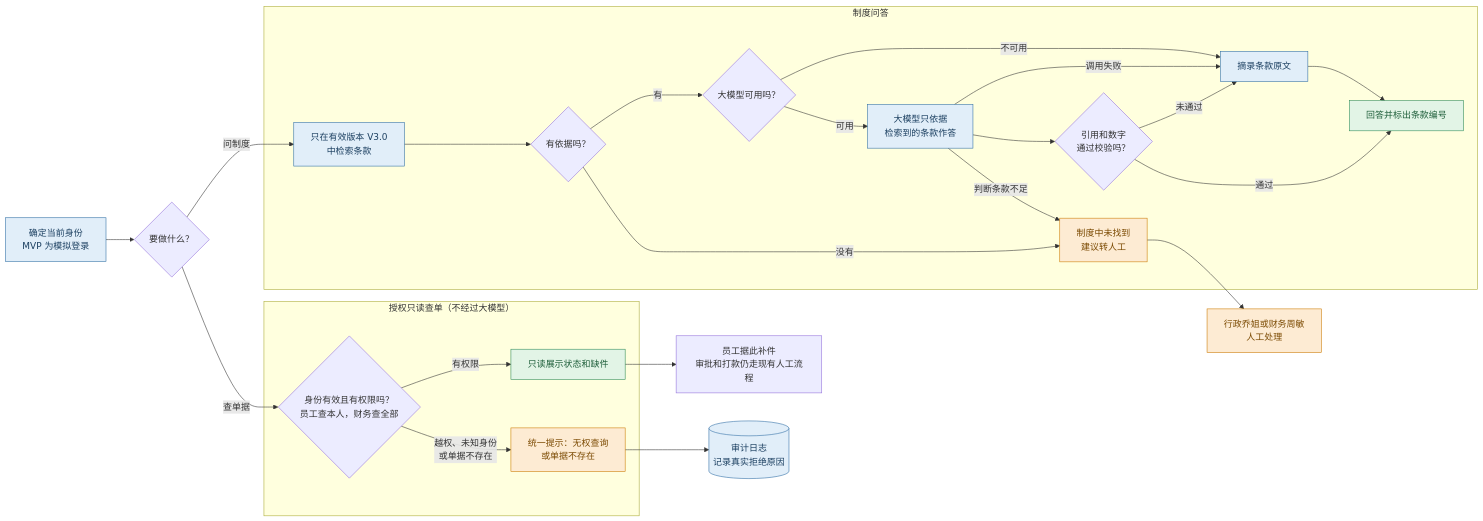
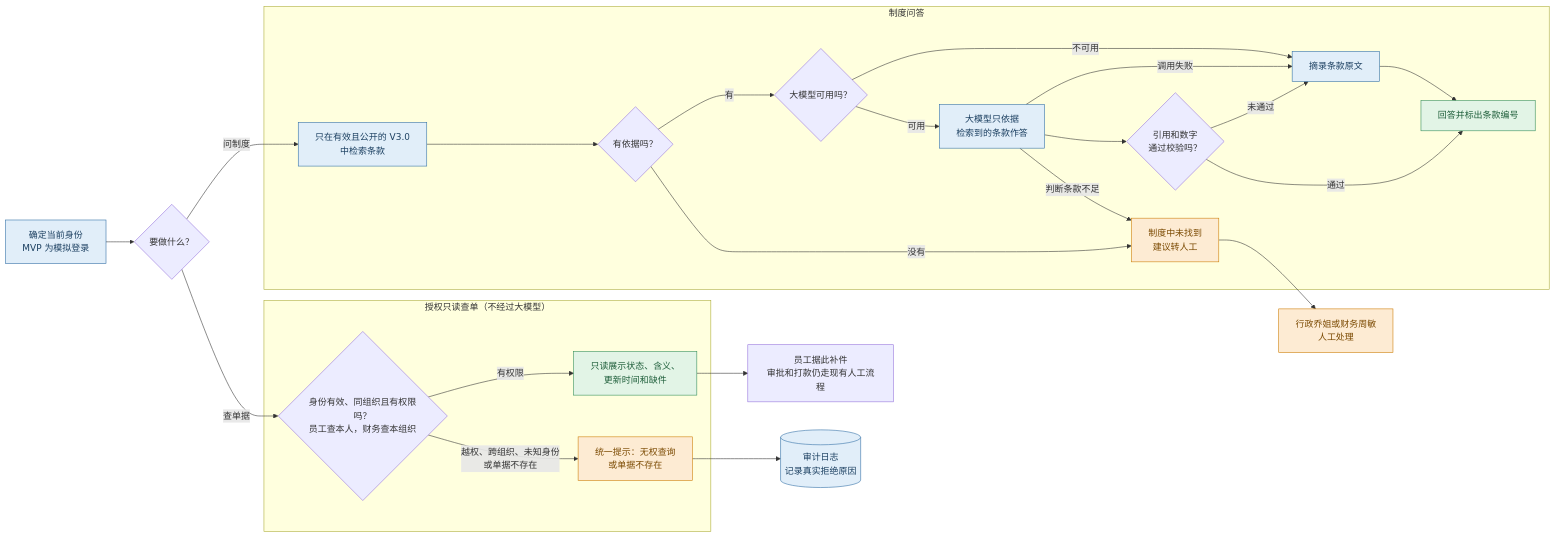
Before and after one commit to danielkater/qinhe-reimbursement-assistant: the second of 2 diagrams in docs/流程图.md, drawn with Mermaid. The commit also changed 24 other files, not shown here.

````diff
--- a/docs/流程图.md
+++ b/docs/流程图.md
@@ -48,34 +48,34 @@
 ```mermaid
 flowchart LR
     AUTH["确定当前身份<br/>MVP 为模拟登录"]:::sys --> TYPE{"要做什么？"}
     TYPE -- "问制度" --> Q2
     TYPE -- "查单据" --> C2
 
     subgraph QA["制度问答"]
-        Q2["只在有效版本 V3.0<br/>中检索条款"]:::sys --> Q3{"有依据吗？"}
+        Q2["只在有效且公开的 V3.0<br/>中检索条款"]:::sys --> Q3{"有依据吗？"}
         Q3 -- "有" --> Q4{"大模型可用吗？"}
         Q4 -- "可用" --> Q5["大模型只依据<br/>检索到的条款作答"]:::sys
         Q5 --> Q6{"引用和数字<br/>通过校验吗？"}
         Q6 -- "通过" --> Q8["回答并标出条款编号"]:::ok
         Q6 -- "未通过" --> Q7["摘录条款原文"]:::sys
         Q5 -- "调用失败" --> Q7
         Q4 -- "不可用" --> Q7
         Q7 --> Q8
         Q3 -- "没有" --> Q9["制度中未找到<br/>建议转人工"]:::stop
         Q5 -- "判断条款不足" --> Q9
     end
 
     subgraph CL["授权只读查单（不经过大模型）"]
-        C2{"身份有效且有权限吗？<br/>员工查本人，财务查全部"}
-        C2 -- "有权限" --> C3["只读展示状态和缺件"]:::ok
-        C2 -- "越权、未知身份<br/>或单据不存在" --> C4["统一提示：无权查询<br/>或单据不存在"]:::stop
+        C2{"身份有效、同组织且有权限吗？<br/>员工查本人，财务查本组织"}
+        C2 -- "有权限" --> C3["只读展示状态、含义、<br/>更新时间和缺件"]:::ok
+        C2 -- "越权、跨组织、未知身份<br/>或单据不存在" --> C4["统一提示：无权查询<br/>或单据不存在"]:::stop
     end
 
     Q9 --> H["行政乔姐或财务周敏<br/>人工处理"]:::stop
     C3 --> OLD["员工据此补件<br/>审批和打款仍走现有人工流程"]
     C4 --> LOG[("审计日志<br/>记录真实拒绝原因")]:::sys
 
     classDef sys fill:#E1EEF9,stroke:#2E6DA4,color:#1B3F60
     classDef ok fill:#E2F4E6,stroke:#2E8B57,color:#1E5E3A
     classDef stop fill:#FDEBD3,stroke:#CC7A00,color:#7A4900
 ```
````
